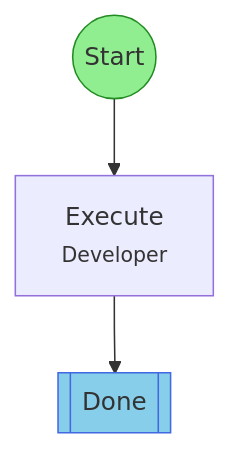
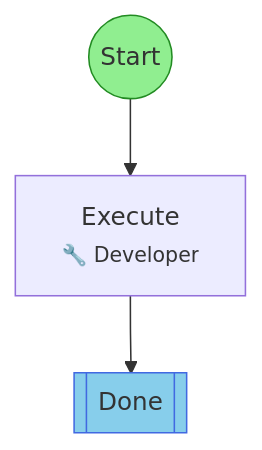
One commit to leclabs/agent-toolkit changed the diagram in .flow/diagrams/execute.md. Above: the diagram before and after it, drawn with Mermaid. The commit also changed other lines of this file and 34 other files, not shown here.

First line of the commit message:
feat: add emoji field to workflow schema and render in diagrams

````diff
--- a/.flow/diagrams/execute.md
+++ b/.flow/diagrams/execute.md
@@ -7,18 +7,18 @@
 ```mermaid
 flowchart TD
     start(("Start"))
-    execute["Execute<br/><small>Developer</small>"]
+    execute["Execute<br/><small>🔧 Developer</small>"]
     end_success[["Done"]]
 
     start --> execute
     execute --> end_success
 
     classDef startStep fill:#90EE90,stroke:#228B22
     classDef successStep fill:#87CEEB,stroke:#4169E1
     classDef hitlStep fill:#FFB6C1,stroke:#DC143C
     classDef gateStep fill:#E6E6FA,stroke:#9370DB
     classDef forkJoinStep fill:#FFEAA7,stroke:#FDCB6E
     classDef currentStep fill:#FFD700,stroke:#FF8C00,stroke-width:3px
     class start startStep
     class end_success successStep
 ```
````
